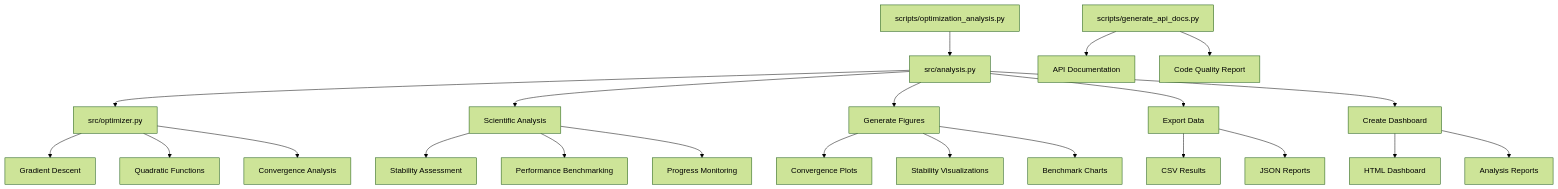
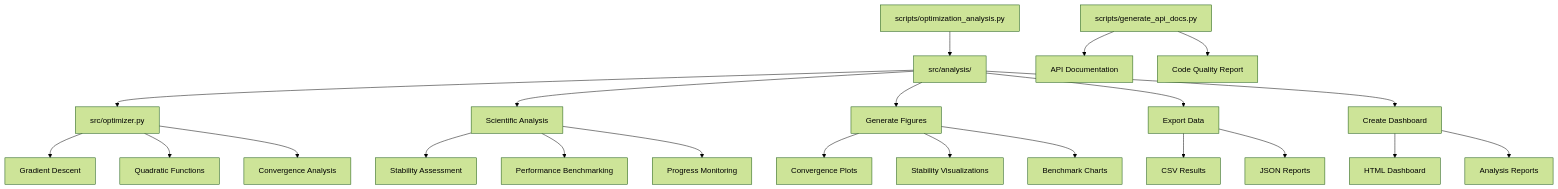
Before and after one commit to docxology/template: the diagram in projects/template_code_project/README.md, drawn with Mermaid (forest theme). The commit also changed 580 other files, not shown here.

````diff
--- a/projects/template_code_project/README.md
+++ b/projects/template_code_project/README.md
@@ -115,30 +115,30 @@
 ```mermaid
 graph TD
-    A[scripts/optimization_analysis.py] --> B[src/analysis.py]
+    A[scripts/optimization_analysis.py] --> B[src/analysis/]
     B --> C[src/optimizer.py]
     B --> D[Scientific Analysis]
     B --> E[Generate Figures]
     B --> F[Export Data]
     B --> G[Create Dashboard]
 
     AA[scripts/generate_api_docs.py] --> AB[API Documentation]
     AA --> AC[Code Quality Report]
 
     C --> H[Gradient Descent]
     C --> I[Quadratic Functions]
     C --> J[Convergence Analysis]
 
     D --> K[Stability Assessment]
     D --> L[Performance Benchmarking]
     D --> M[Progress Monitoring]
 
     E --> N[Convergence Plots]
     E --> O[Stability Visualizations]
     E --> P[Benchmark Charts]
 
     G --> Q[HTML Dashboard]
     G --> R[Analysis Reports]
 
     F --> S[CSV Results]
     F --> T[JSON Reports]
 ```
````
